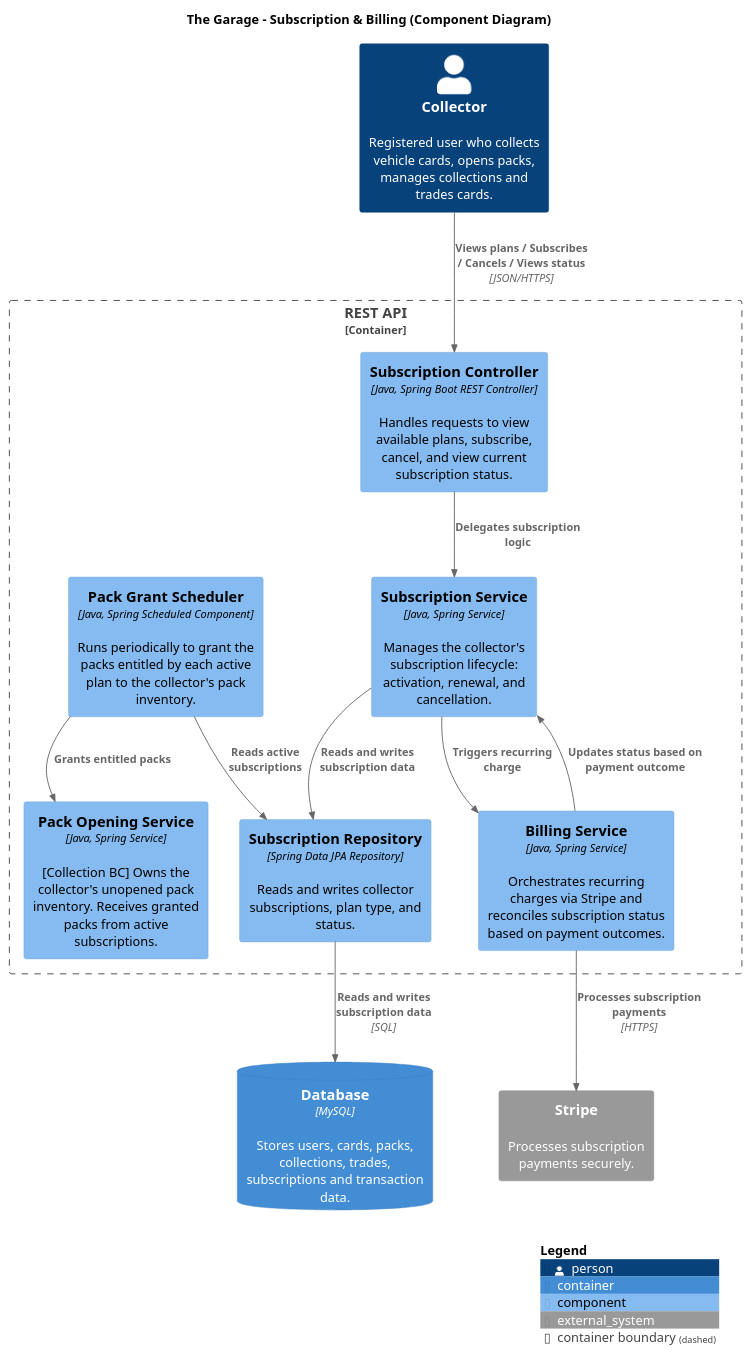
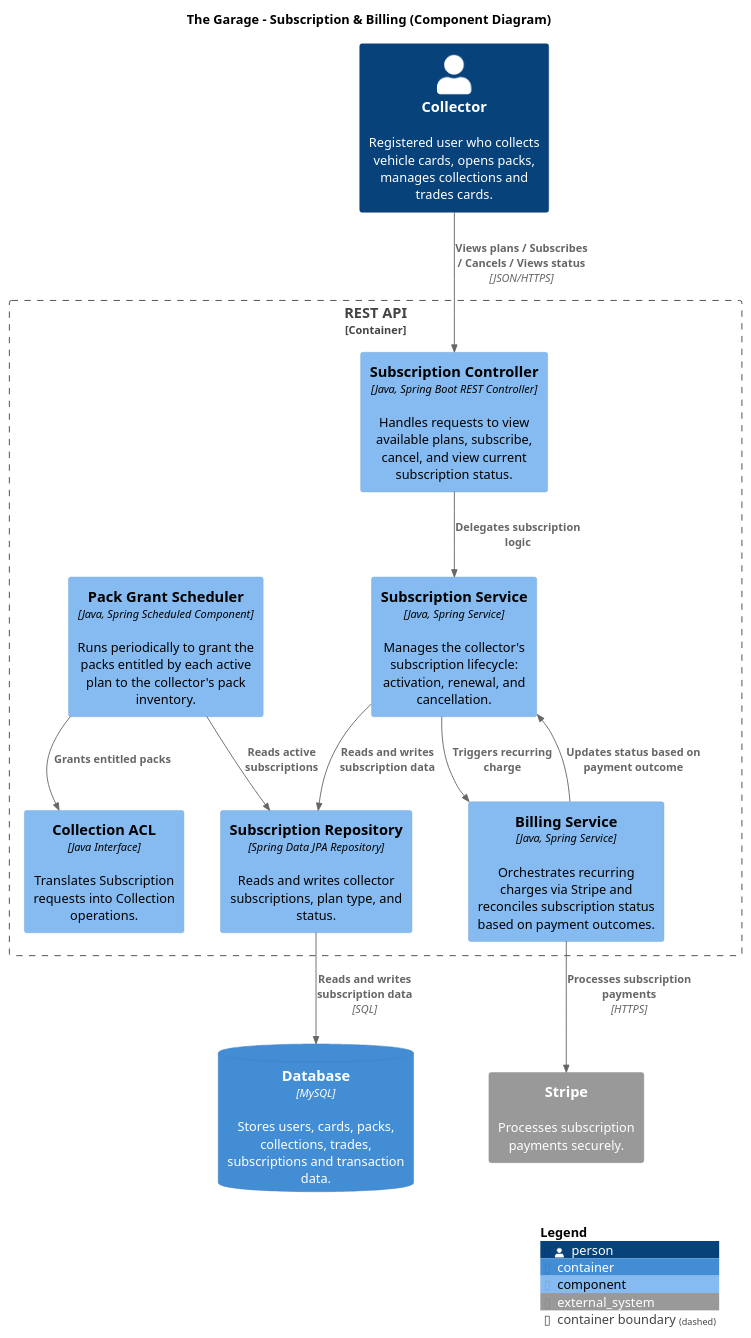
Before and after one commit to the-garage-studio/the-garage-c4-model-design: the diagram in diagrams/ComponentDiagrams/Subscription-ComponentDiagram.puml, drawn with PlantUML. The commit also changed 7 other files, not shown here.

Commit message:
feat: update the components diagrams

```diff
--- a/diagrams/ComponentDiagrams/Subscription-ComponentDiagram.puml
+++ b/diagrams/ComponentDiagrams/Subscription-ComponentDiagram.puml
@@ -1,43 +1,42 @@
 @startuml Subscription-ComponentDiagram
 !include https://raw.githubusercontent.com/plantuml-stdlib/C4-PlantUML/master/C4_Component.puml
 
 LAYOUT_WITH_LEGEND()
 
 title The Garage - Subscription & Billing (Component Diagram)
 
 Person(collector, "Collector", "Registered user who collects vehicle cards, opens packs, manages collections and trades cards.")
 
 System_Ext(stripe, "Stripe", "Processes subscription payments securely.")
 
 Container_Boundary(api, "REST API") {
 
     Component(subscription_controller, "Subscription Controller", "Java, Spring Boot REST Controller", "Handles requests to view available plans, subscribe, cancel, and view current subscription status.")
 
     Component(subscription_service, "Subscription Service", "Java, Spring Service", "Manages the collector's subscription lifecycle: activation, renewal, and cancellation.")
     Component(billing_service, "Billing Service", "Java, Spring Service", "Orchestrates recurring charges via Stripe and reconciles subscription status based on payment outcomes.")
     Component(pack_grant_scheduler, "Pack Grant Scheduler", "Java, Spring Scheduled Component", "Runs periodically to grant the packs entitled by each active plan to the collector's pack inventory.")
 
-    Component(pack_opening_service, "Pack Opening Service", "Java, Spring Service", "[Collection BC] Owns the collector's unopened pack inventory. Receives granted packs from active subscriptions.")
+    Component(collection_acl, "Collection ACL", "Java Interface", "Translates Subscription requests into Collection operations.")
 
     Component(subscription_repository, "Subscription Repository", "Spring Data JPA Repository", "Reads and writes collector subscriptions, plan type, and status.")
 }
 
 ContainerDb(database, "Database", "MySQL", "Stores users, cards, packs, collections, trades, subscriptions and transaction data.")
 
 Rel(collector, subscription_controller, "Views plans / Subscribes / Cancels / Views status", "JSON/HTTPS")
 
 Rel(subscription_controller, subscription_service, "Delegates subscription logic")
 
 Rel(subscription_service, subscription_repository, "Reads and writes subscription data")
 Rel(subscription_service, billing_service, "Triggers recurring charge")
 
 Rel(billing_service, stripe, "Processes subscription payments", "HTTPS")
 Rel(billing_service, subscription_service, "Updates status based on payment outcome")
 
 Rel(pack_grant_scheduler, subscription_repository, "Reads active subscriptions")
-Rel(pack_grant_scheduler, pack_opening_service, "Grants entitled packs")
-
+Rel(pack_grant_scheduler, collection_acl, "Grants entitled packs")
 Rel(subscription_repository, database, "Reads and writes subscription data", "SQL")
 
 SHOW_LEGEND()
 @enduml
```
